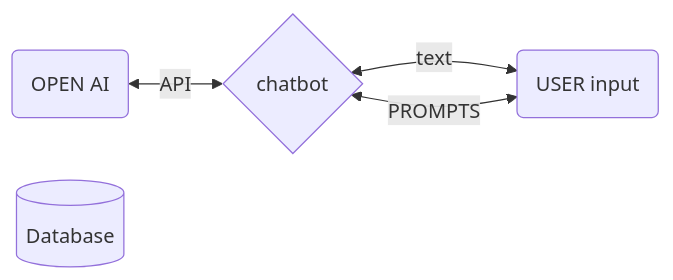
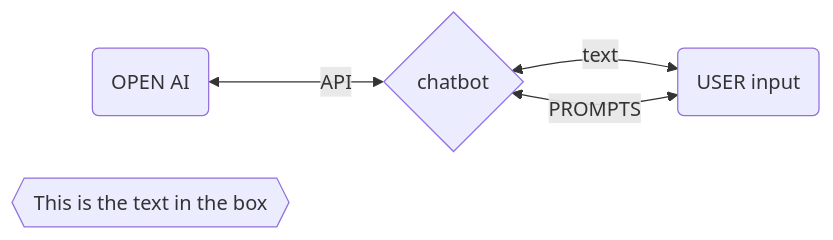
The diagram in README.md (kivtechs-uml/chatbot_uml), drawn with Mermaid before and after one commit.

````diff
--- a/README.md
+++ b/README.md
@@ -5,8 +5,9 @@
 ```mermaid
 flowchart LR
      A(OPEN AI) <-- API --> B{chatbot} <-- text --> C(USER input )
      B <-- PROMPTS --> C
       id1[(Database)]
+     id1{{This is the text in the box}}
 
 
 ```
````
